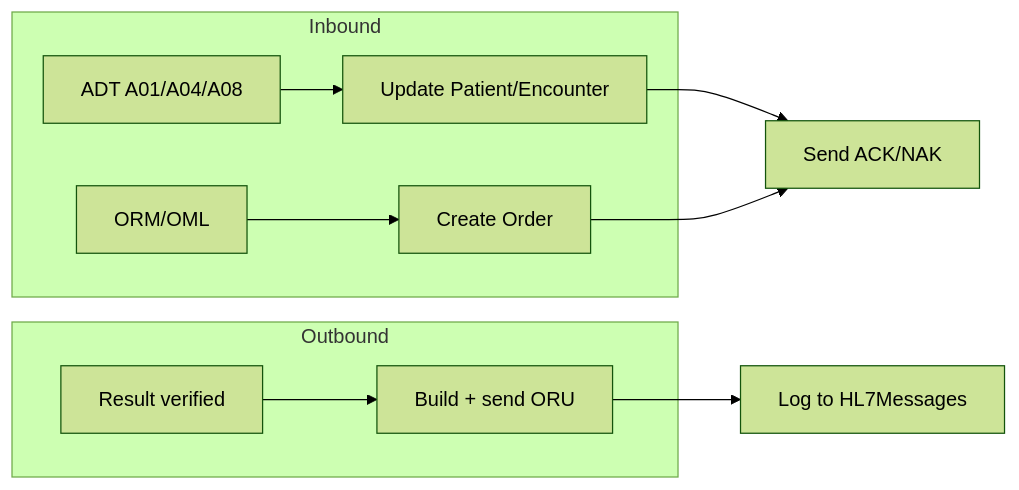
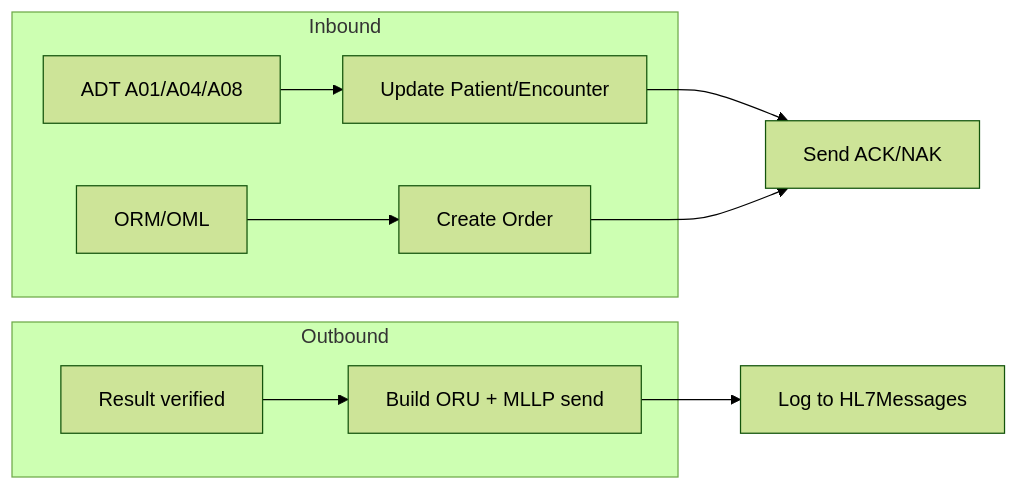
Diagram 11 of 11 in docs/workflows.md (drpitts13/greyhound-blood-bank-system), drawn with Mermaid (forest theme) before and after one commit. The commit also changed 13 other files, not shown here.

Commit message:
Send queued outbound ORU and DFT messages over MLLP.

````diff
--- a/docs/workflows.md
+++ b/docs/workflows.md
@@ -223,13 +223,13 @@
 ```mermaid
 flowchart LR
     subgraph inbound [Inbound]
       adt[ADT A01/A04/A08] --> pat[Update Patient/Encounter]
       orm[ORM/OML] --> ord[Create Order]
     end
     subgraph outbound [Outbound]
-      ver[Result verified] --> oru[Build + send ORU]
+      ver[Result verified] --> oru[Build ORU + MLLP send]
     end
     pat --> ack[Send ACK/NAK]
     ord --> ack
     oru --> log[Log to HL7Messages]
 ```
````
